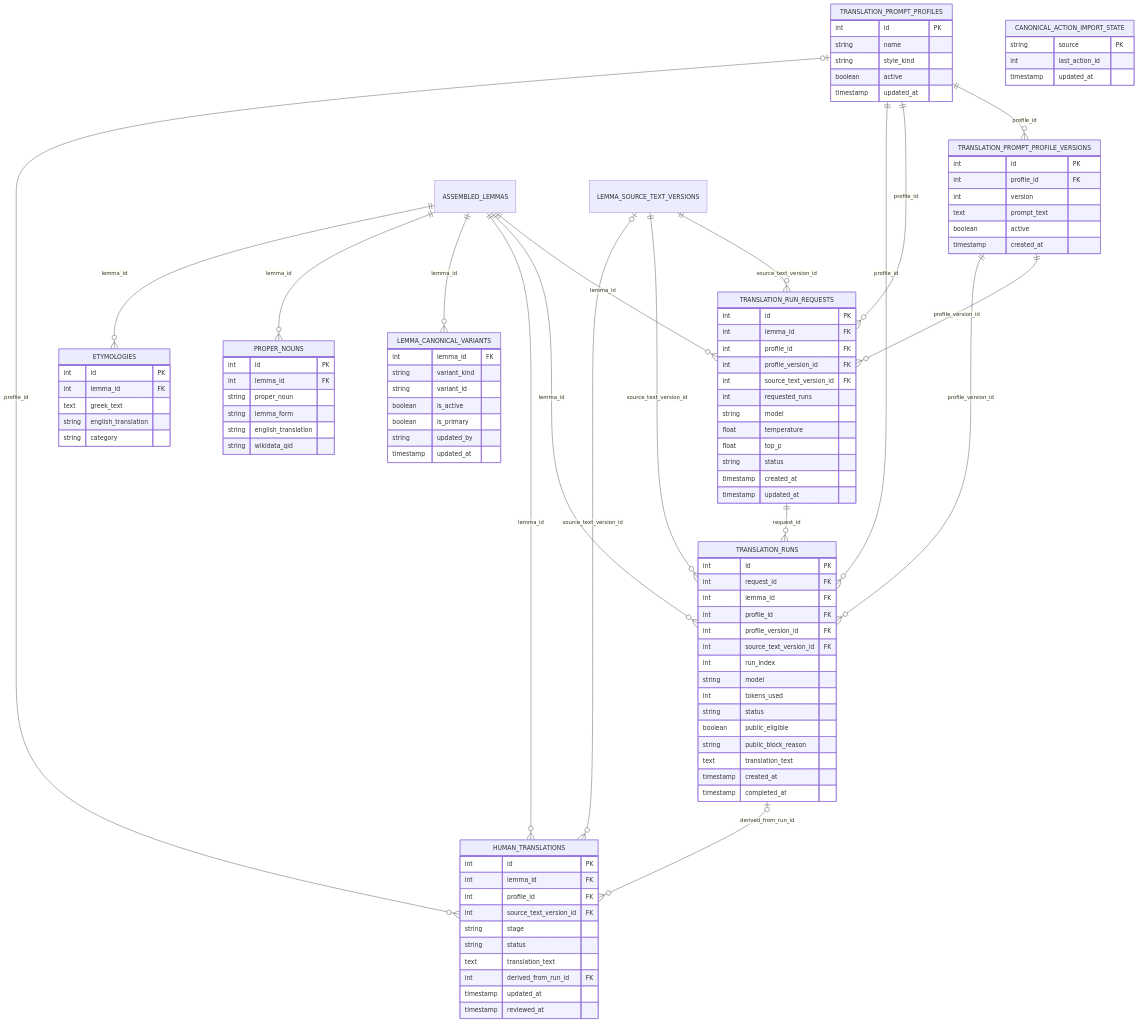
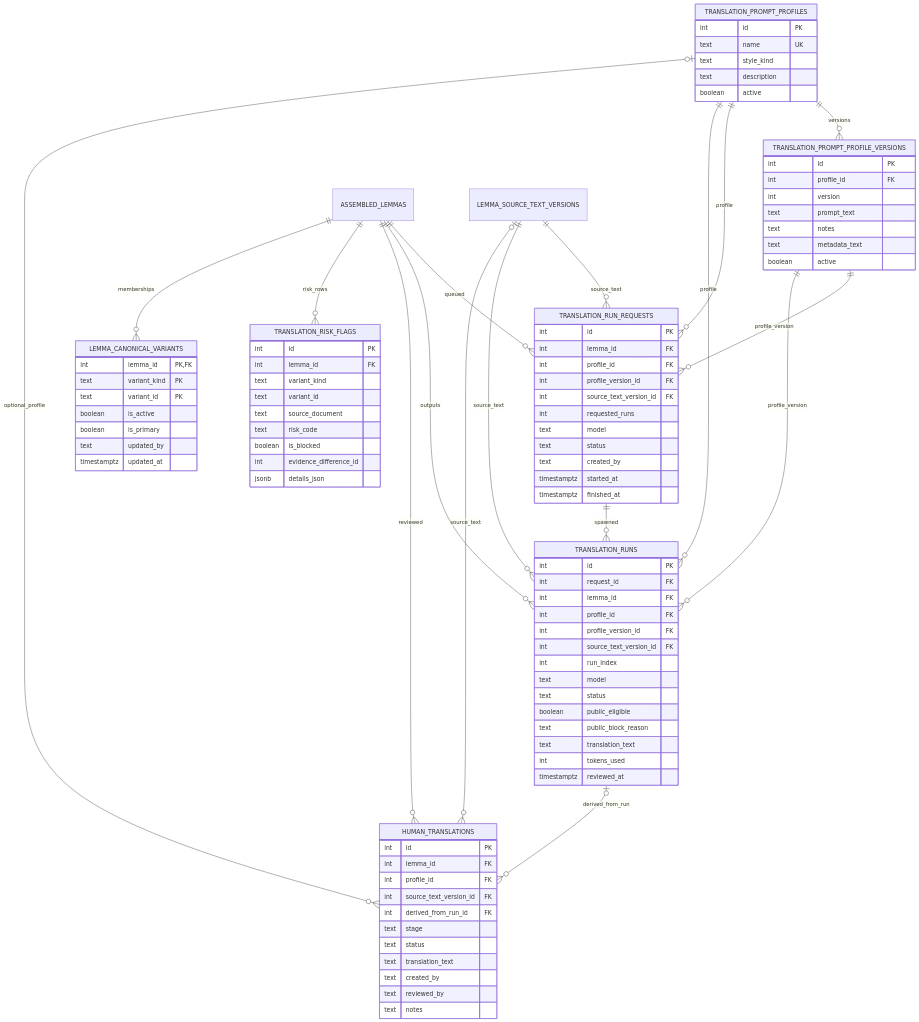
One commit to solresol/stephanos changed the third of 7 diagrams in DATABASE_ERD.md. Above: the diagram before and after it, drawn with Mermaid. The commit also changed other lines of this file, not shown here.

Commit message:
Rebuild DATABASE_ERD with new schema

````diff
--- a/DATABASE_ERD.md
+++ b/DATABASE_ERD.md
@@ -213,34 +215,28 @@
 ```mermaid
 erDiagram
-    TRANSLATION_PROMPT_PROFILES ||--o{ TRANSLATION_PROMPT_PROFILE_VERSIONS : profile_id
-
-    ASSEMBLED_LEMMAS ||--o{ TRANSLATION_RUN_REQUESTS : lemma_id
-    TRANSLATION_PROMPT_PROFILES ||--o{ TRANSLATION_RUN_REQUESTS : profile_id
-    TRANSLATION_PROMPT_PROFILE_VERSIONS ||--o{ TRANSLATION_RUN_REQUESTS : profile_version_id
-    LEMMA_SOURCE_TEXT_VERSIONS ||--o{ TRANSLATION_RUN_REQUESTS : source_text_version_id
-
-    TRANSLATION_RUN_REQUESTS ||--o{ TRANSLATION_RUNS : request_id
-    ASSEMBLED_LEMMAS ||--o{ TRANSLATION_RUNS : lemma_id
-    TRANSLATION_PROMPT_PROFILES ||--o{ TRANSLATION_RUNS : profile_id
-    TRANSLATION_PROMPT_PROFILE_VERSIONS ||--o{ TRANSLATION_RUNS : profile_version_id
-    LEMMA_SOURCE_TEXT_VERSIONS ||--o{ TRANSLATION_RUNS : source_text_version_id
-
-    ASSEMBLED_LEMMAS ||--o{ HUMAN_TRANSLATIONS : lemma_id
-    TRANSLATION_PROMPT_PROFILES o|--o{ HUMAN_TRANSLATIONS : profile_id
-    LEMMA_SOURCE_TEXT_VERSIONS o|--o{ HUMAN_TRANSLATIONS : source_text_version_id
-    TRANSLATION_RUNS o|--o{ HUMAN_TRANSLATIONS : derived_from_run_id
-
-    ASSEMBLED_LEMMAS ||--o{ LEMMA_CANONICAL_VARIANTS : lemma_id
-
-    ASSEMBLED_LEMMAS ||--o{ PROPER_NOUNS : lemma_id
-    ASSEMBLED_LEMMAS ||--o{ ETYMOLOGIES : lemma_id
+    TRANSLATION_PROMPT_PROFILES ||--o{ TRANSLATION_PROMPT_PROFILE_VERSIONS : versions
+    ASSEMBLED_LEMMAS ||--o{ TRANSLATION_RUN_REQUESTS : queued
+    TRANSLATION_PROMPT_PROFILES ||--o{ TRANSLATION_RUN_REQUESTS : profile
+    TRANSLATION_PROMPT_PROFILE_VERSIONS ||--o{ TRANSLATION_RUN_REQUESTS : profile_version
+    LEMMA_SOURCE_TEXT_VERSIONS ||--o{ TRANSLATION_RUN_REQUESTS : source_text
+    TRANSLATION_RUN_REQUESTS ||--o{ TRANSLATION_RUNS : spawned
+    ASSEMBLED_LEMMAS ||--o{ TRANSLATION_RUNS : outputs
+    TRANSLATION_PROMPT_PROFILES ||--o{ TRANSLATION_RUNS : profile
+    TRANSLATION_PROMPT_PROFILE_VERSIONS ||--o{ TRANSLATION_RUNS : profile_version
+    LEMMA_SOURCE_TEXT_VERSIONS ||--o{ TRANSLATION_RUNS : source_text
+    ASSEMBLED_LEMMAS ||--o{ HUMAN_TRANSLATIONS : reviewed
+    TRANSLATION_PROMPT_PROFILES o|--o{ HUMAN_TRANSLATIONS : optional_profile
+    LEMMA_SOURCE_TEXT_VERSIONS o|--o{ HUMAN_TRANSLATIONS : source_text
+    TRANSLATION_RUNS o|--o{ HUMAN_TRANSLATIONS : derived_from_run
+    ASSEMBLED_LEMMAS ||--o{ TRANSLATION_RISK_FLAGS : risk_rows
+    ASSEMBLED_LEMMAS ||--o{ LEMMA_CANONICAL_VARIANTS : memberships
 
     TRANSLATION_PROMPT_PROFILES {
         int id PK
-        string name
-        string style_kind
+        text name UK
+        text style_kind
+        text description
         boolean active
-        timestamp updated_at
     }
 
     TRANSLATION_PROMPT_PROFILE_VERSIONS {
@@ -248,8 +244,9 @@
         int profile_id FK
         int version
         text prompt_text
+        text notes
+        text metadata_text
         boolean active
-        timestamp created_at
     }
 
     TRANSLATION_RUN_REQUESTS {
@@ -259,12 +256,11 @@
         int profile_version_id FK
         int source_text_version_id FK
         int requested_runs
-        string model
-        float temperature
-        float top_p
-        string status
-        timestamp created_at
-        timestamp updated_at
+        text model
+        text status
+        text created_by
+        timestamptz started_at
+        timestamptz finished_at
     }
 
     TRANSLATION_RUNS {
@@ -275,14 +271,13 @@
         int profile_version_id FK
         int source_text_version_id FK
         int run_index
-        string model
+        text model
+        text status
+        boolean public_eligible
+        text public_block_reason
+        text translation_text
         int tokens_used
-        string status
-        boolean public_eligible
-        string public_block_reason
-        text translation_text
-        timestamp created_at
-        timestamp completed_at
+        timestamptz reviewed_at
     }
 
     HUMAN_TRANSLATIONS {
@@ -290,44 +285,34 @@
         int lemma_id FK
         int profile_id FK
         int source_text_version_id FK
-        string stage
-        string status
+        int derived_from_run_id FK
+        text stage
+        text status
         text translation_text
-        int derived_from_run_id FK
-        timestamp updated_at
-        timestamp reviewed_at
+        text created_by
+        text reviewed_by
+        text notes
+    }
+
+    TRANSLATION_RISK_FLAGS {
+        int id PK
+        int lemma_id FK
+        text variant_kind
+        text variant_id
+        text source_document
+        text risk_code
+        boolean is_blocked
+        int evidence_difference_id
+        jsonb details_json
     }
 
     LEMMA_CANONICAL_VARIANTS {
-        int lemma_id FK
-        string variant_kind
-        string variant_id
+        int lemma_id PK, FK
+        text variant_kind PK
+        text variant_id PK
         boolean is_active
         boolean is_primary
-        string updated_by
-        timestamp updated_at
-    }
-
-    PROPER_NOUNS {
-        int id PK
-        int lemma_id FK
-        string proper_noun
-        string lemma_form
-        string english_translation
-        string wikidata_qid
-    }
-
-    ETYMOLOGIES {
-        int id PK
-        int lemma_id FK
-        text greek_text
-        string english_translation
-        string category
-    }
-
-    CANONICAL_ACTION_IMPORT_STATE {
-        string source PK
-        int last_action_id
-        timestamp updated_at
+        text updated_by
+        timestamptz updated_at
     }
 ```
````
